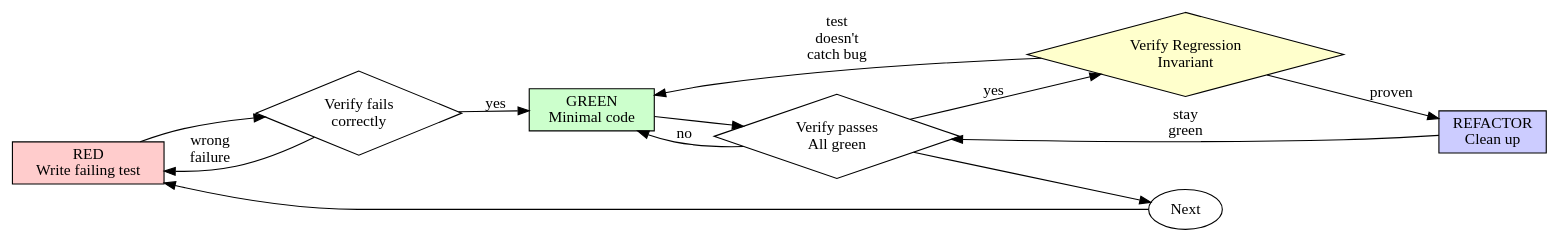
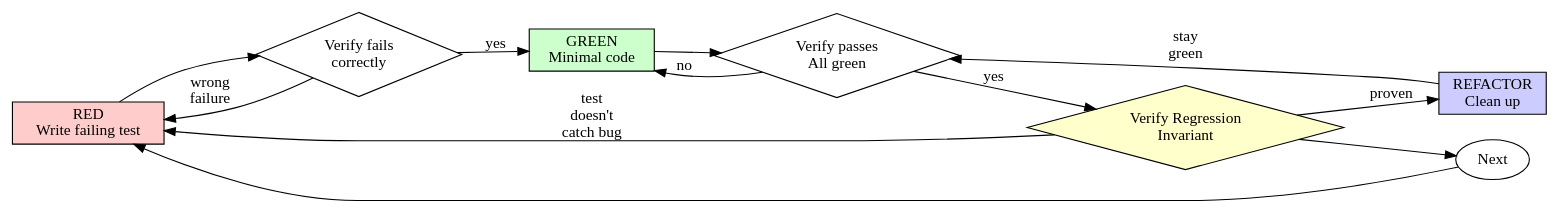
Before and after one commit to GoCodeAlone/claude-superpowers: the diagram in skills/test-driven-development/SKILL.md, drawn with Graphviz. The commit also changed other lines of this file, not shown here.

Commit message:
fix(test-driven-development): fix TDD graph topology — bypass edge, wrong failure phase, spy comment
Finding 1 (Important): verify_green->next bypassed verify_invariant. Removed
verify_green->next; only path to next now goes through verify_invariant.

Finding 3 (Important): verify_invariant->green routed test-structure failures to
GREEN (write more code) instead of RED (rewrite the test). Changed destination
to red so the graph matches the prose instruction to rethink the test.

Finding 2 (Minor): spyClient undeclared in the example snippet; added inline
comment clarifying it is a test double to implement per the developer's client type.

````diff
--- a/skills/test-driven-development/SKILL.md
+++ b/skills/test-driven-development/SKILL.md
@@ -49,24 +49,24 @@
 ```dot
 digraph tdd_cycle {
     rankdir=LR;
     red [label="RED\nWrite failing test", shape=box, style=filled, fillcolor="#ffcccc"];
     verify_red [label="Verify fails\ncorrectly", shape=diamond];
     green [label="GREEN\nMinimal code", shape=box, style=filled, fillcolor="#ccffcc"];
     verify_green [label="Verify passes\nAll green", shape=diamond];
     verify_invariant [label="Verify Regression\nInvariant", shape=diamond, style=filled, fillcolor="#ffffcc"];
     refactor [label="REFACTOR\nClean up", shape=box, style=filled, fillcolor="#ccccff"];
     next [label="Next", shape=ellipse];
 
     red -> verify_red;
     verify_red -> green [label="yes"];
     verify_red -> red [label="wrong\nfailure"];
     green -> verify_green;
     verify_green -> verify_invariant [label="yes"];
     verify_green -> green [label="no"];
     verify_invariant -> refactor [label="proven"];
-    verify_invariant -> green [label="test\ndoesn't\ncatch bug"];
+    verify_invariant -> red [label="test\ndoesn't\ncatch bug"];
     refactor -> verify_green [label="stay\ngreen"];
-    verify_green -> next;
+    verify_invariant -> next;
     next -> red;
 }
 ```
````
